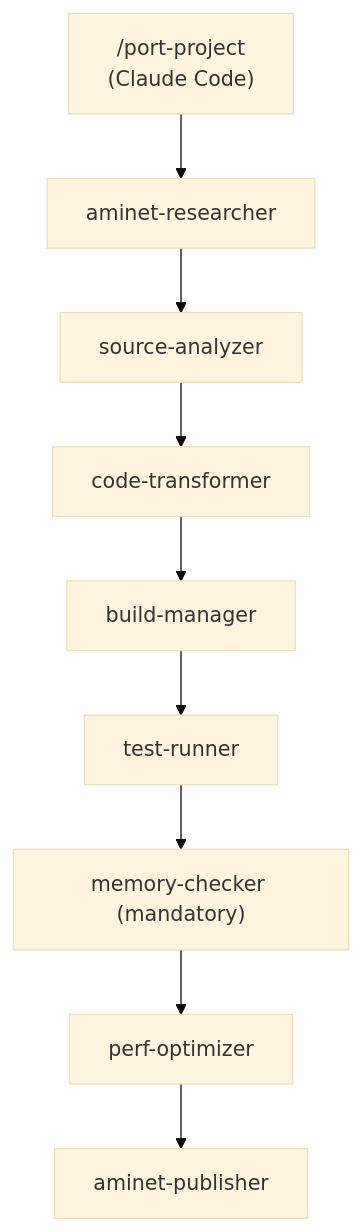
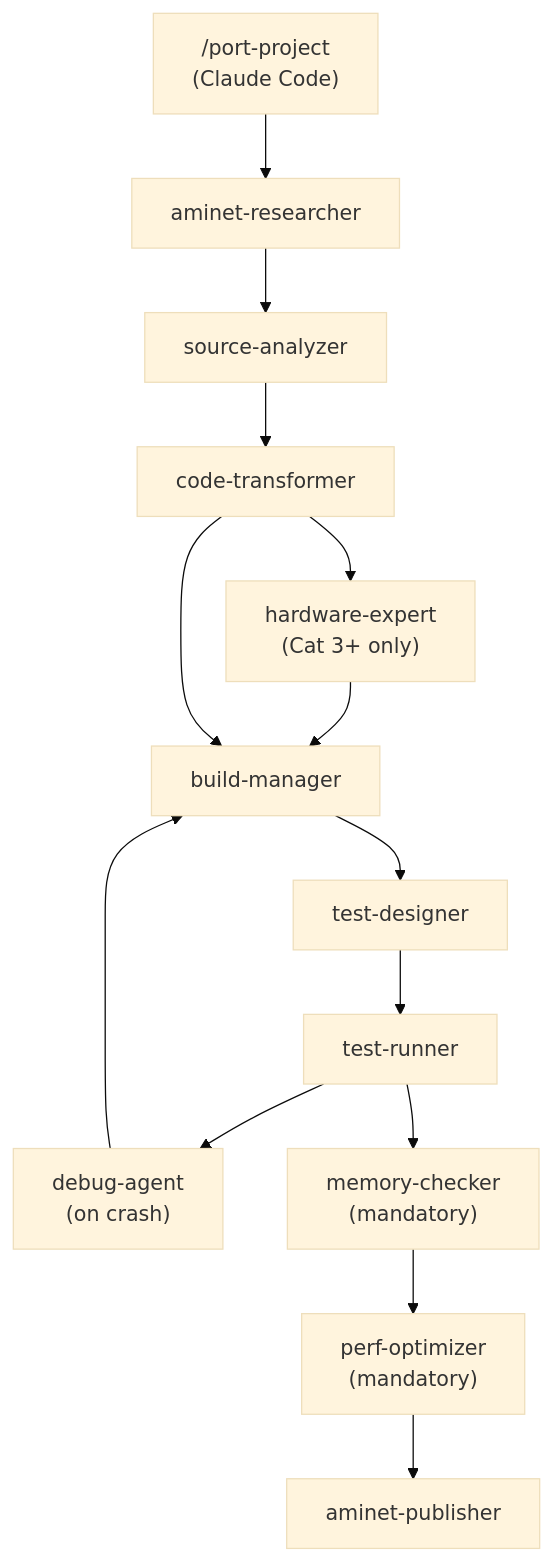
Before and after one commit to bdgscotland/amiport: the diagram in README.md, drawn with Mermaid (base theme). The commit also changed other lines of this file and 31 other files, not shown here.

````diff
--- a/README.md
+++ b/README.md
@@ -87,12 +87,17 @@
 ```mermaid
 graph TD
     CC["/port-project\n(Claude Code)"]
     CC --> A[aminet-researcher]
     A --> B[source-analyzer]
     B --> C[code-transformer]
-    C --> D[build-manager]
-    D --> E[test-runner]
-    E --> F["memory-checker (mandatory)"]
-    F --> G[perf-optimizer]
+    C --> HW["hardware-expert\n(Cat 3+ only)"]
+    HW --> D[build-manager]
+    C --> D
+    D --> TD[test-designer]
+    TD --> E[test-runner]
+    E --> DBG["debug-agent\n(on crash)"]
+    DBG --> D
+    E --> F["memory-checker\n(mandatory)"]
+    F --> G["perf-optimizer\n(mandatory)"]
     G --> H[aminet-publisher]
 ```
````
